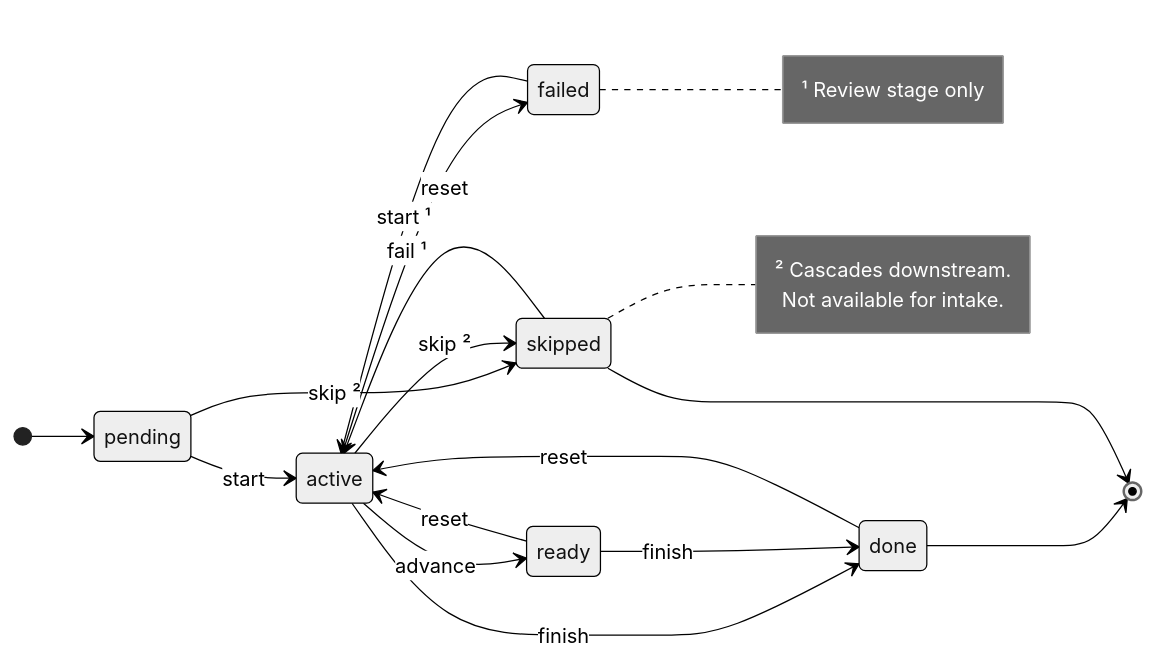
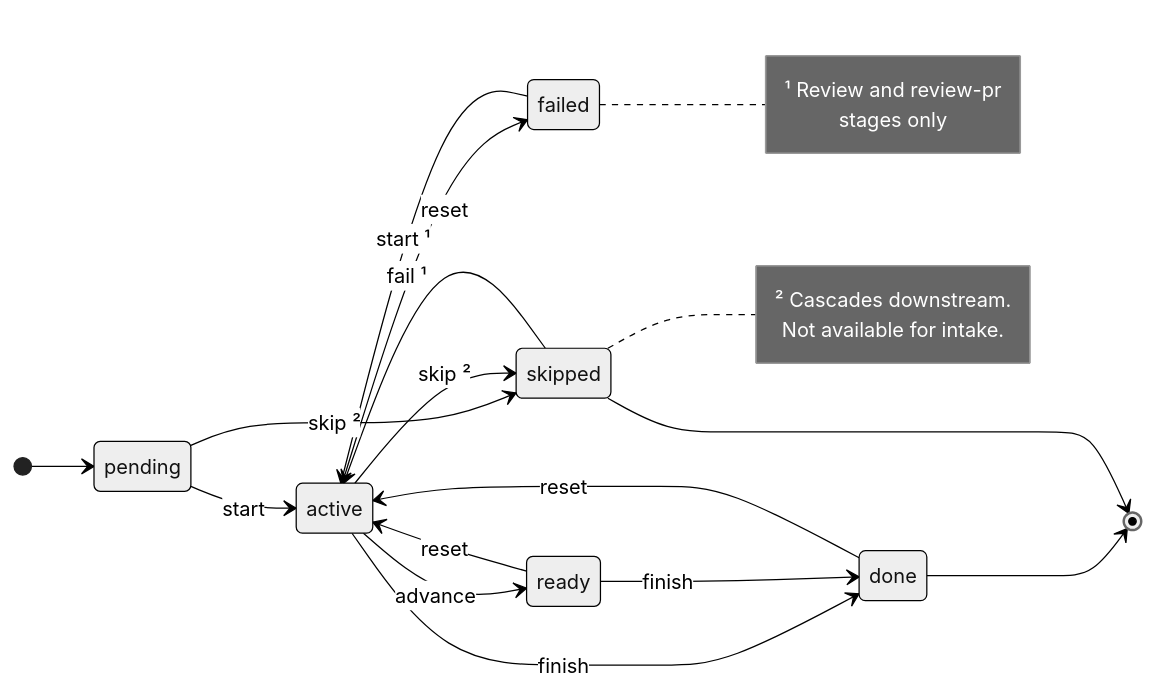
Before and after one commit to sahil87/fab-kit: the fourth of 4 diagrams in docs/specs/user-flow.md, drawn with Mermaid (neutral theme). The commit also changed other lines of this file and 139 other files, not shown here.

````diff
--- a/docs/specs/user-flow.md
+++ b/docs/specs/user-flow.md
@@ -158,34 +158,35 @@
 ```mermaid
 stateDiagram-v2
     direction LR
 
     [*] --> pending
     pending --> active: start
     pending --> skipped: skip ²
 
     active --> ready: advance
     active --> done: finish
     active --> skipped: skip ²
     active --> failed: fail ¹
 
     failed --> active: start ¹
 
     ready --> done: finish
     ready --> active: reset
 
     done --> active: reset
     done --> [*]
 
     skipped --> active: reset
     skipped --> [*]
 
     note right of failed
-        ¹ Review stage only
+        ¹ Review and review-pr
+           stages only
     end note
 
     note right of skipped
         ² Cascades downstream.
            Not available for intake.
     end note
 
 ```
````
